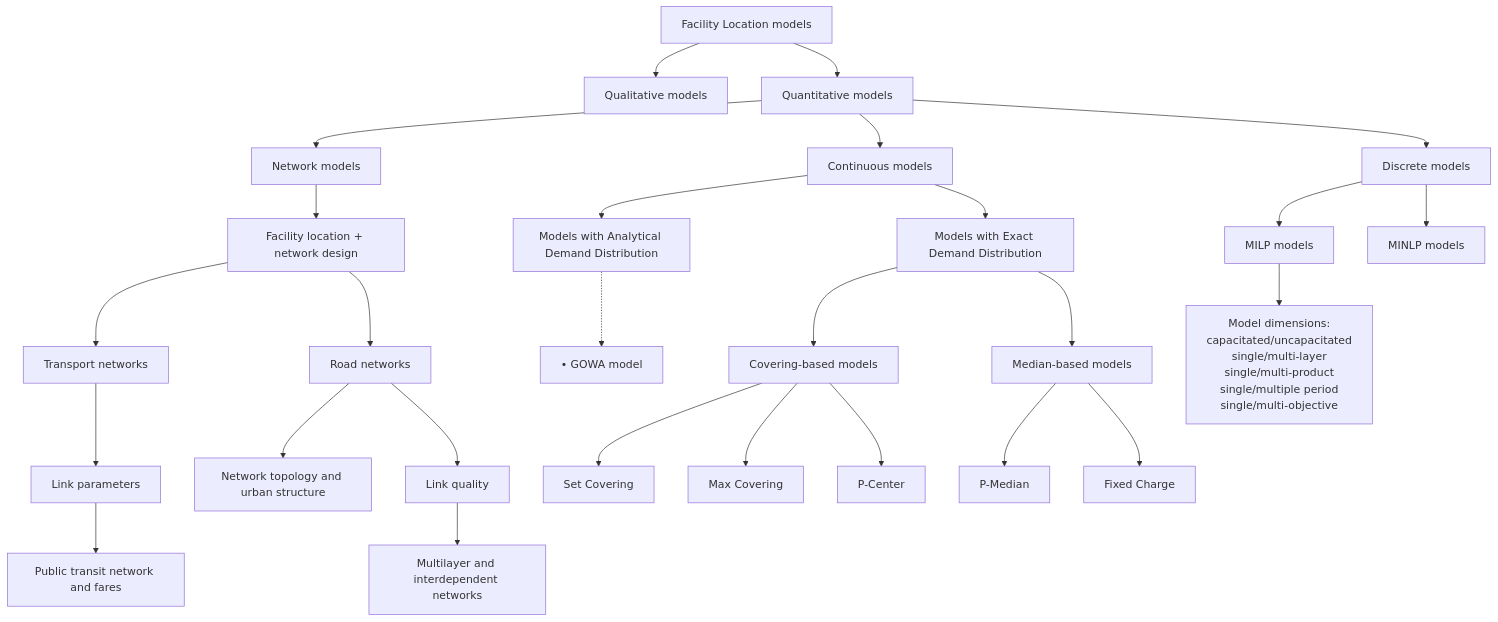
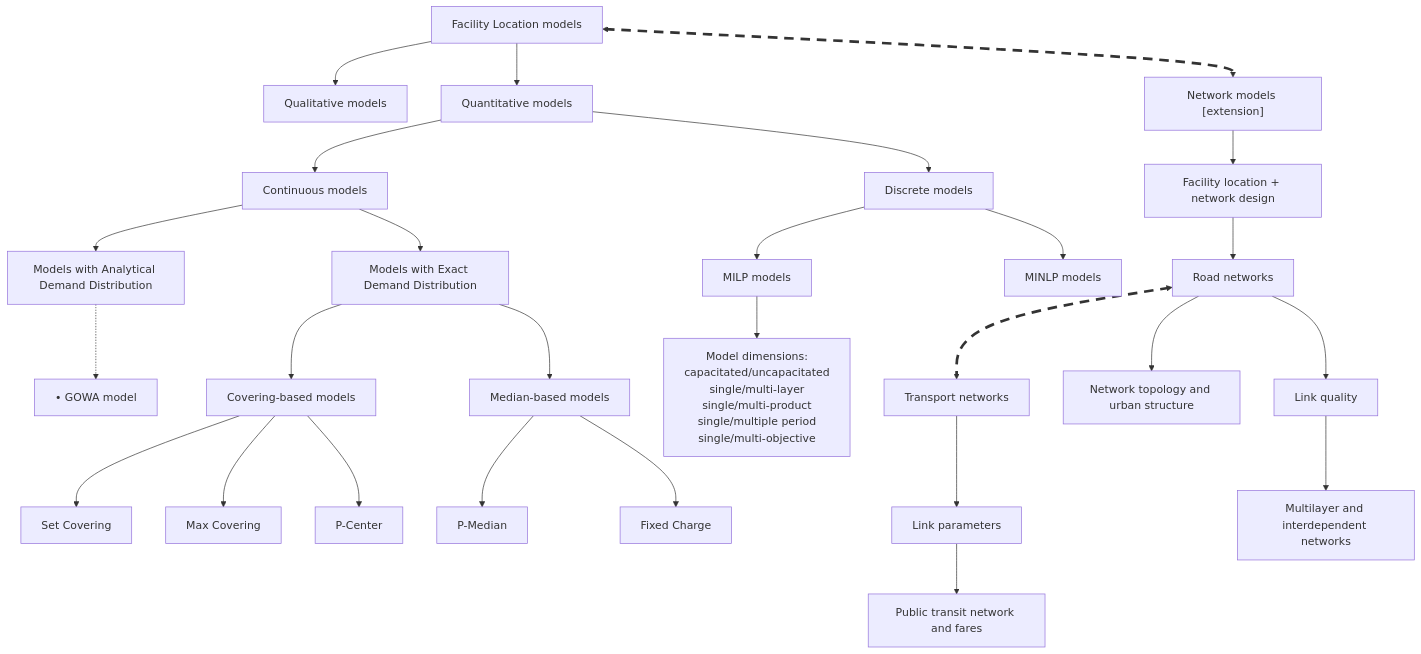
The diagram in Dissertation/melkote_daskin_2001_timeline.md (GeorgeKontsevik/itmo-phd-thesis-template-en), drawn with Mermaid before and after one commit.

Commit message:
Adjust network extension links

````diff
--- a/Dissertation/melkote_daskin_2001_timeline.md
+++ b/Dissertation/melkote_daskin_2001_timeline.md
@@ -101,36 +101,38 @@
 ```mermaid
 flowchart TB
     FL["Facility Location models"]
     FL --> QL["Qualitative models"]
     FL --> QT["Quantitative models"]
+    FL <-.-> NM["Network models [extension]"]
+    linkStyle 2 stroke-width:4px,stroke-dasharray:14 10
 
-    QT --> NM["Network models"]
     QT --> CM["Continuous models"]
     QT --> DM["Discrete models"]
 
     CM --> AD["Models with Analytical Demand Distribution"]
     CM --> ED["Models with Exact Demand Distribution"]
     AD -.-> GOWA["• GOWA model"]
     ED --> CB["Covering-based models"]
     ED --> MB["Median-based models"]
 
     CB --> SC["Set Covering"]
     CB --> MC["Max Covering"]
     CB --> PC["P-Center"]
     MB --> PM["P-Median"]
     MB --> FC["Fixed Charge"]
 
     DM --> MILP["MILP models"]
     DM --> MINLP["MINLP models"]
 
     MILP --> DIM["Model dimensions:<br/>capacitated/uncapacitated<br/>single/multi-layer<br/>single/multi-product<br/>single/multiple period<br/>single/multi-objective"]
 
     NM --> FLND["Facility location + network design"]
-    FLND --> TN["Transport networks"]
     FLND --> RN["Road networks"]
+    RN <-.-> TN["Transport networks"]
+    linkStyle 20 stroke-width:4px,stroke-dasharray:14 10
     RN --> TOP["Network topology and urban structure"]
     TN --> LP["Link parameters"]
     RN --> LQ["Link quality"]
     LP --> PT["Public transit network and fares"]
     LQ --> ML["Multilayer and interdependent networks"]
 ```
````
